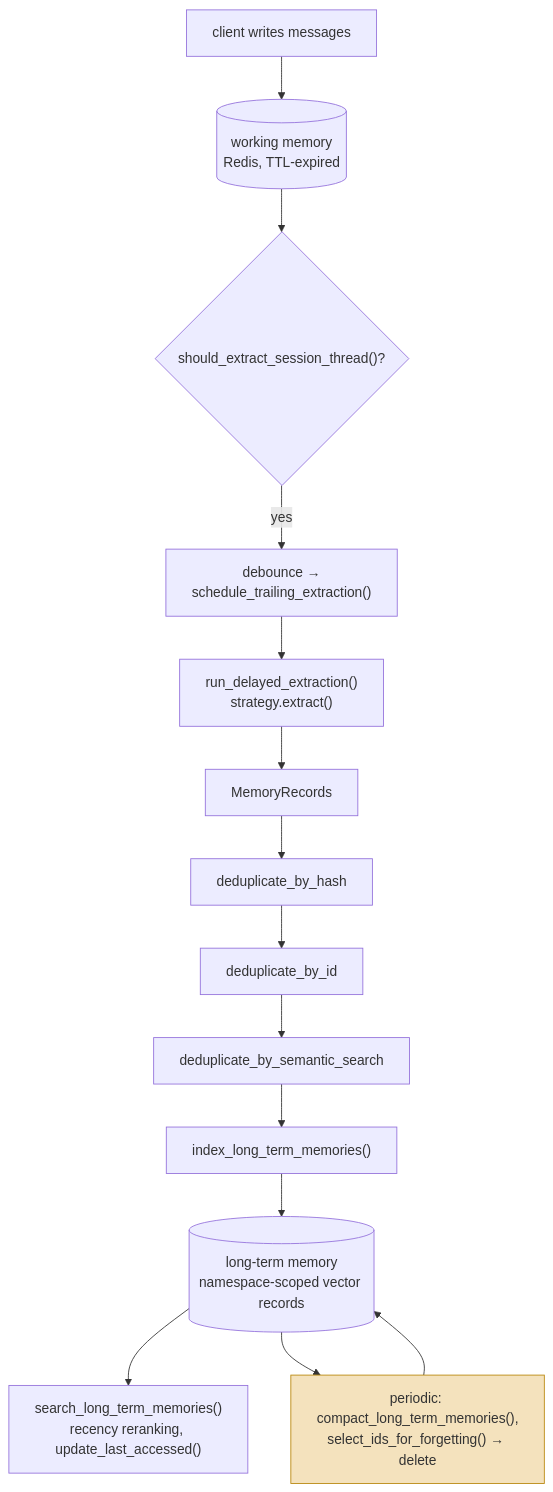
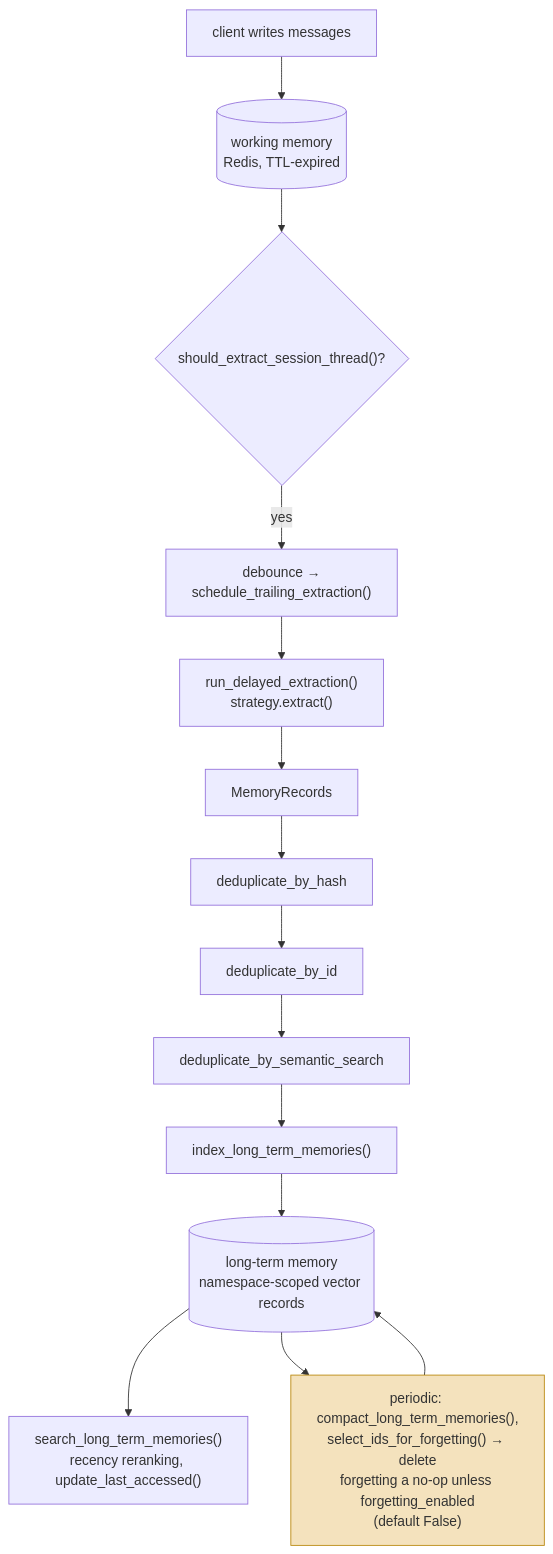
The first of 2 diagrams in content/systems/redis-agent-memory-server.md (neoneye/agent-memory-atlas), drawn with Mermaid before and after one commit. The commit also changed other lines of this file and 99 other files, not shown here.

````diff
--- a/content/systems/redis-agent-memory-server.md
+++ b/content/systems/redis-agent-memory-server.md
@@ -72,17 +72,17 @@
 ```mermaid
 %% caption: extraction is debounced and scheduled trailing rather than run per message, and three dedupe passes — hash, id, then semantic — stand between it and the long-term index
 flowchart TB
     C["client writes messages"] --> WM[("working memory<br/>Redis, TTL-expired")]
     WM --> Q{"should_extract_session_thread()?"}
     Q -->|yes| DB["debounce →<br/>schedule_trailing_extraction()"]
     DB --> RUN["run_delayed_extraction()<br/>strategy.extract()"]
     RUN --> MR["MemoryRecords"]
     MR --> D1["deduplicate_by_hash"] --> D2["deduplicate_by_id"] --> D3["deduplicate_by_semantic_search"]
     D3 --> IDX["index_long_term_memories()"]
     IDX --> LT[("long-term memory<br/>namespace-scoped vector records")]
     LT --> SR["search_long_term_memories()<br/>recency reranking, update_last_accessed()"]
-    LT --> PER["periodic: compact_long_term_memories(),<br/>select_ids_for_forgetting() → delete"]
+    LT --> PER["periodic: compact_long_term_memories(),<br/>select_ids_for_forgetting() → delete<br/>forgetting a no-op unless forgetting_enabled<br/>(default False)"]
     PER --> LT
 
     style PER fill:#f4e2bd,stroke:#b8860b
 ```
````
